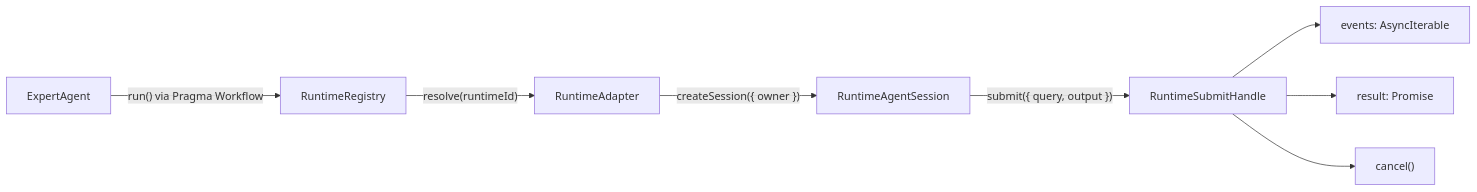
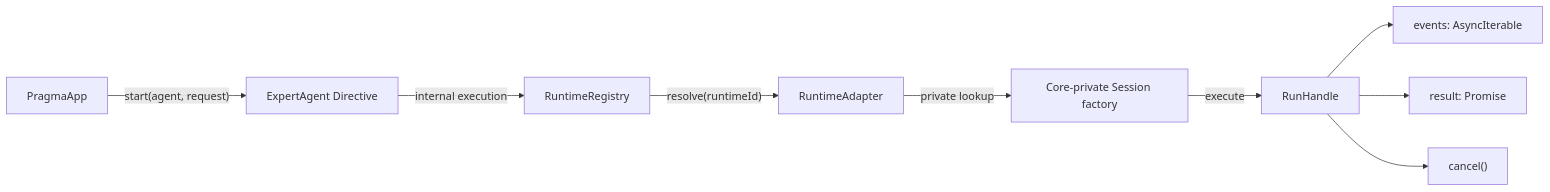
Before and after one commit to pqpo/pragma: the fourth of 18 diagrams in docs/architecture/agent-core-architecture.md, drawn with Mermaid. The commit also changed other lines of this file and 38 other files, not shown here.

````diff
--- a/docs/architecture/agent-core-architecture.md
+++ b/docs/architecture/agent-core-architecture.md
@@ -107,19 +107,21 @@
 ```mermaid
 flowchart LR
-  agent["ExpertAgent"]
+  app["PragmaApp"]
+  agent["ExpertAgent Directive"]
   registry["RuntimeRegistry"]
   adapter["RuntimeAdapter"]
-  session["RuntimeAgentSession"]
-  handle["RuntimeSubmitHandle"]
-  events["events: AsyncIterable<RuntimeStreamEvent>"]
-  result["result: Promise<RuntimeRunResult>"]
+  factory["Core-private Session factory"]
+  handle["RunHandle"]
+  events["events: AsyncIterable<PragmaRunEvent>"]
+  result["result: Promise<RunResult>"]
   cancel["cancel()"]
 
-  agent -->|"run() via Pragma Workflow"| registry
+  app -->|"start(agent, request)"| agent
+  agent -->|"internal execution"| registry
   registry -->|"resolve(runtimeId)"| adapter
-  adapter -->|"createSession({ owner })"| session
-  session -->|"submit({ query, output })"| handle
+  adapter -->|"private lookup"| factory
+  factory -->|"execute"| handle
   handle --> events
   handle --> result
   handle --> cancel
 ```
````
